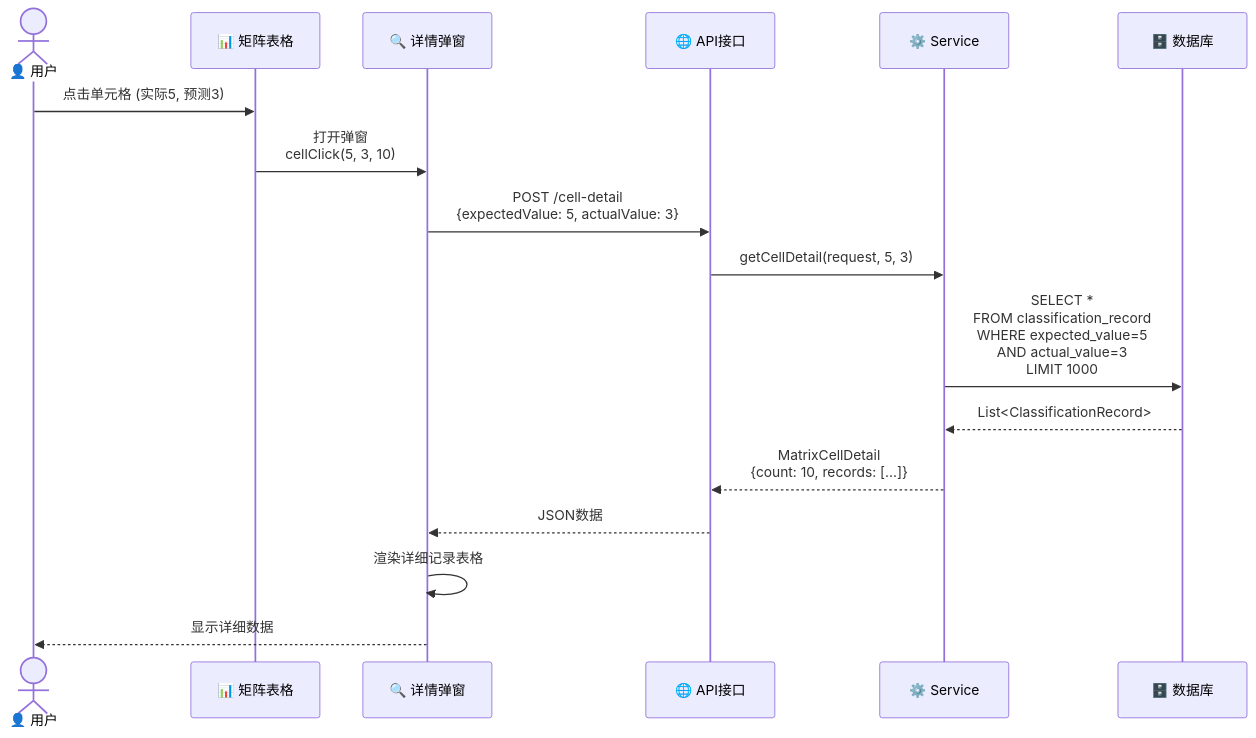
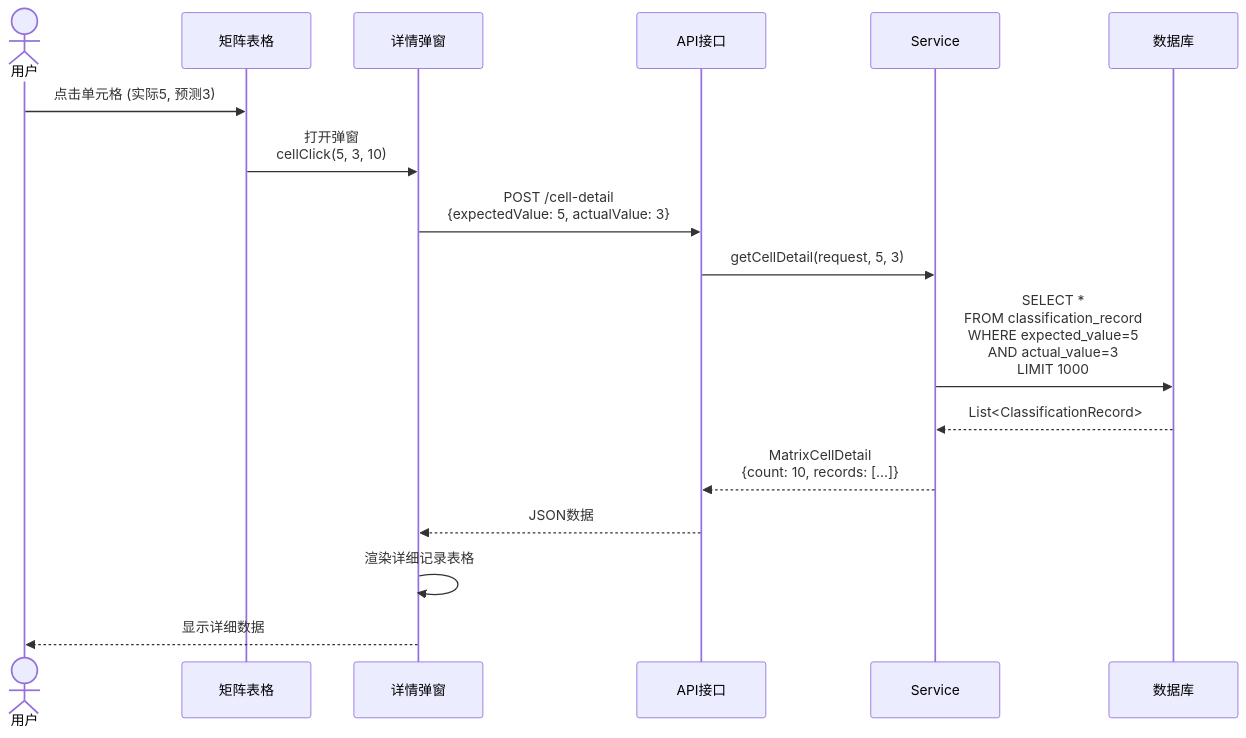
Before and after one commit to githubstudycloud/gi002: the third of 11 diagrams in classification-confusion-matrix-system/docs/05-完整架构图.md, drawn with Mermaid. The commit also changed other lines of this file, not shown here.

First line of the commit message:
Fix all Mermaid diagrams for better compatibility

````diff
--- a/classification-confusion-matrix-system/docs/05-完整架构图.md
+++ b/classification-confusion-matrix-system/docs/05-完整架构图.md
@@ -120,20 +120,20 @@
 ```mermaid
 sequenceDiagram
-    actor User as 👤 用户
-    participant Table as 📊 矩阵表格
-    participant Modal as 🔍 详情弹窗
-    participant API as 🌐 API接口
-    participant Service as ⚙️ Service
-    participant DB as 🗄️ 数据库
+    actor User as 用户
+    participant Table as 矩阵表格
+    participant Modal as 详情弹窗
+    participant API as API接口
+    participant Service as Service
+    participant DB as 数据库
 
     User->>Table: 点击单元格 (实际5, 预测3)
     Table->>Modal: 打开弹窗<br/>cellClick(5, 3, 10)
     Modal->>API: POST /cell-detail<br/>{expectedValue: 5, actualValue: 3}
     API->>Service: getCellDetail(request, 5, 3)
     Service->>DB: SELECT *<br/>FROM classification_record<br/>WHERE expected_value=5<br/>AND actual_value=3<br/>LIMIT 1000
     DB-->>Service: List<ClassificationRecord>
     Service-->>API: MatrixCellDetail<br/>{count: 10, records: [...]}
     API-->>Modal: JSON数据
     Modal->>Modal: 渲染详细记录表格
     Modal-->>User: 显示详细数据
 ```
````
